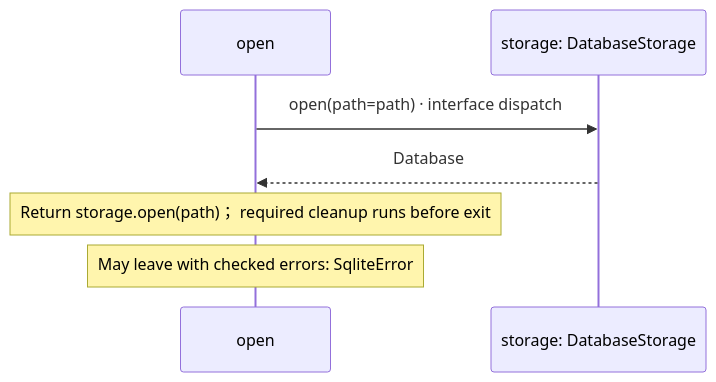
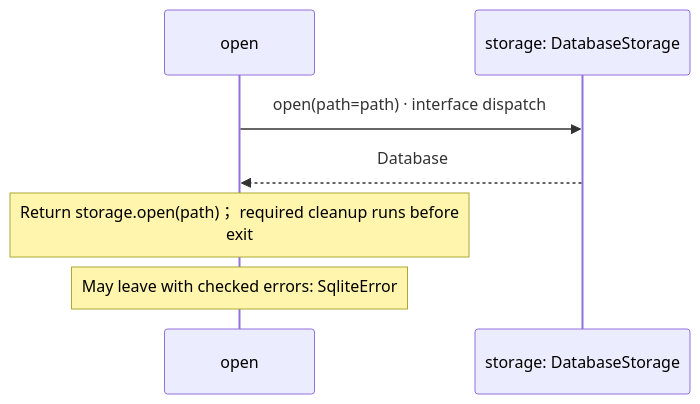
One commit to GreenPandaStudios/augscript changed the fourth of 7 diagrams in docs/examples/native-sqlite/dependencies/packages/@greenpandastudios/aug-sqlite/0.1.5/api-diagrams.md. Above: the diagram before and after it, drawn with Mermaid. The commit also changed other lines of this file and 200 other files, not shown here.

Commit message:
Group imported operations and wrap readable sequence messages

````diff
--- a/docs/examples/native-sqlite/dependencies/packages/@greenpandastudios/aug-sqlite/0.1.5/api-diagrams.md
+++ b/docs/examples/native-sqlite/dependencies/packages/@greenpandastudios/aug-sqlite/0.1.5/api-diagrams.md
@@ -115,9 +115,9 @@
 ```mermaid
 sequenceDiagram
     participant p0 as open
     participant p1 as storage: DatabaseStorage
     p0->>p1: open(path=path) · interface dispatch
     p1-->>p0: Database
-    Note over p0: Return storage.open(path)； required cleanup runs before exit
+    Note over p0: Return storage.open(path)； required cleanup runs before<br/>exit
     Note over p0: May leave with checked errors: SqliteError
 ```
````
